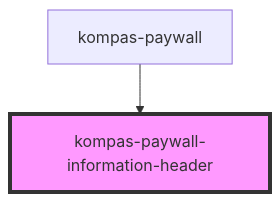
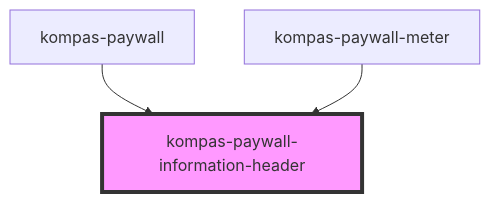
One commit to pt-kompas-media-nusantara/kompas-web-components changed the diagram in src/components/kompas-paywall-information-header/readme.md. Above: the diagram before and after it, drawn with Mermaid. The commit also changed other lines of this file and 6 other files, not shown here.

````diff
--- a/src/components/kompas-paywall-information-header/readme.md
+++ b/src/components/kompas-paywall-information-header/readme.md
@@ -22,5 +23,6 @@
 ```mermaid
 graph TD;
   kompas-paywall --> kompas-paywall-information-header
+  kompas-paywall-meter --> kompas-paywall-information-header
   style kompas-paywall-information-header fill:#f9f,stroke:#333,stroke-width:4px
 ```
````
